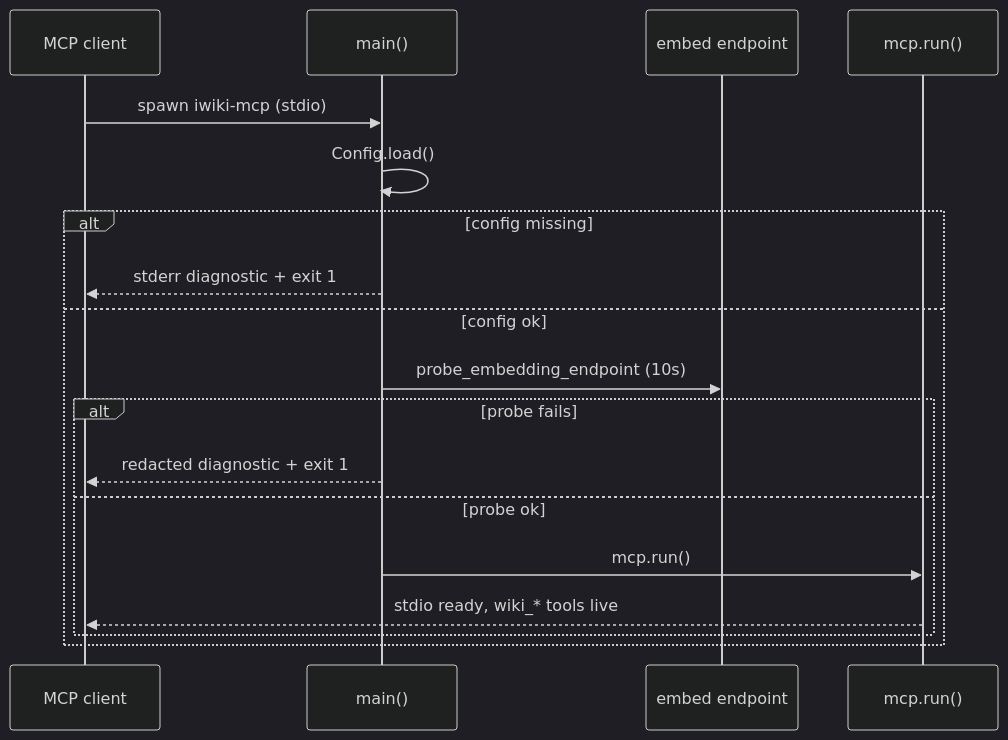
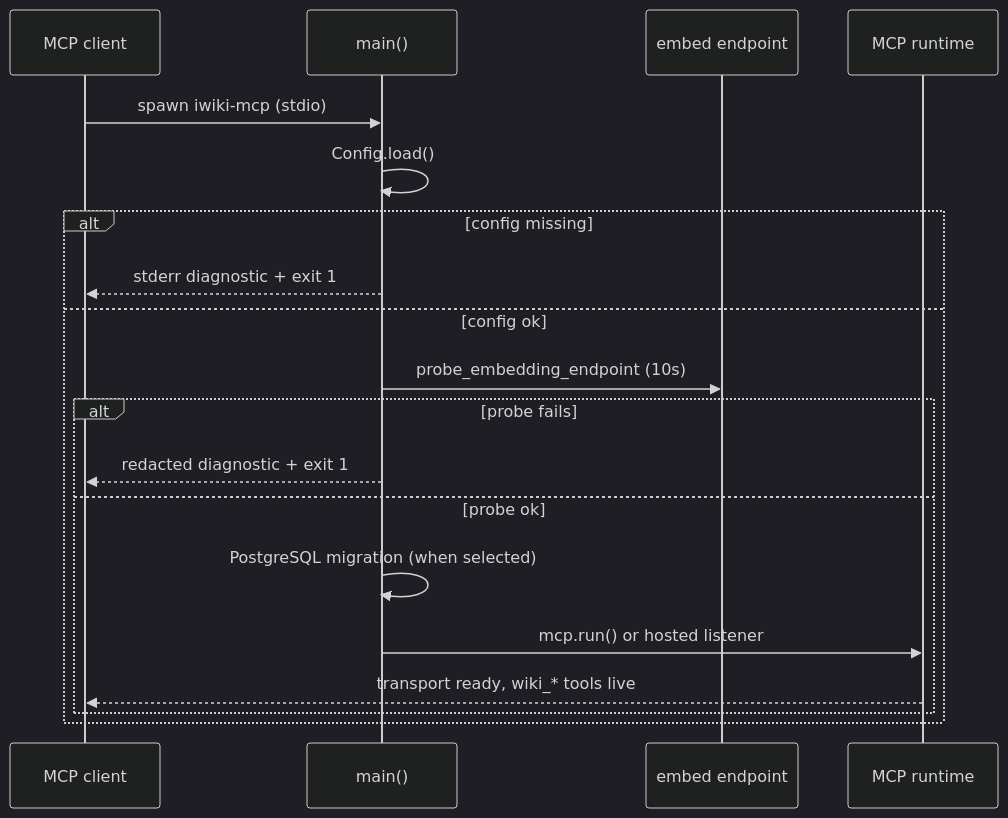
Before and after one commit to ikeniborn/iwiki-mcp: the ninth of 22 diagrams in docs/architecture.md, drawn with Mermaid. The commit also changed other lines of this file and 6 other files, not shown here.

````diff
--- a/docs/architecture.md
+++ b/docs/architecture.md
@@ -307,22 +377,23 @@
 ```mermaid
 %%{init: {'theme': 'dark'}}%%
 sequenceDiagram
     participant C as MCP client
     participant M as main()
     participant E as embed endpoint
-    participant R as mcp.run()
+    participant R as MCP runtime
 
     C->>M: spawn iwiki-mcp (stdio)
     M->>M: Config.load()
     alt config missing
         M-->>C: stderr diagnostic + exit 1
     else config ok
         M->>E: probe_embedding_endpoint (10s)
         alt probe fails
             M-->>C: redacted diagnostic + exit 1
         else probe ok
-            M->>R: mcp.run()
-            R-->>C: stdio ready, wiki_* tools live
+            M->>M: PostgreSQL migration (when selected)
+            M->>R: mcp.run() or hosted listener
+            R-->>C: transport ready, wiki_* tools live
         end
     end
 ```
````
